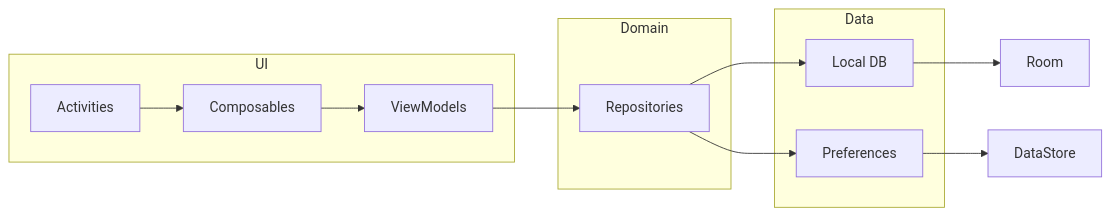
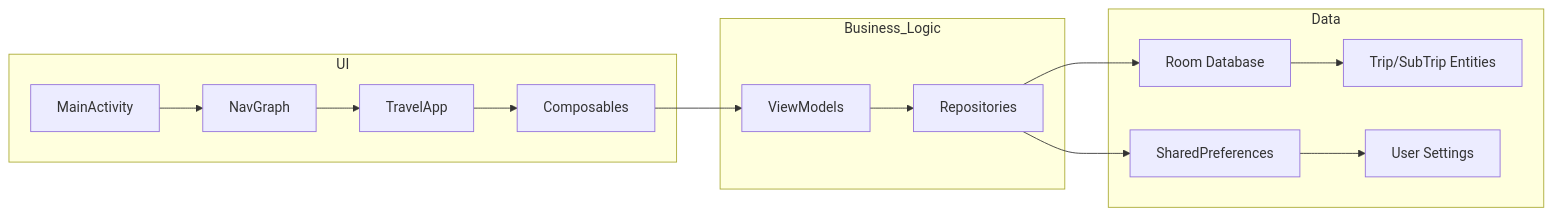
The fifth of 7 diagrams in documentation/design.md (GEI3-Udl-2025/Travel_World), drawn with Mermaid before and after one commit. The commit also changed other lines of this file, not shown here.

````diff
--- a/documentation/design.md
+++ b/documentation/design.md
@@ -105,19 +114,20 @@
 ```mermaid
 flowchart LR
     subgraph UI
-        A[Activities] --> B[Composables]
-        B --> C[ViewModels]
+        A[MainActivity] --> B[NavGraph]
+        B --> C[TravelApp]
+        C --> D[Composables]
     end
-
-    subgraph Domain
-        C --> D[Repositories]
+    
+    subgraph Business_Logic
+        D --> E[ViewModels]
+        E --> F[Repositories]
     end
-
+    
     subgraph Data
-        D --> E[Local DB]
-        D --> F[Preferences]
+        F --> G[Room Database]
+        F --> H[SharedPreferences]
+        G --> I[Trip/SubTrip Entities]
+        H --> J[User Settings]
     end
-
-    E --> G[Room]
-    F --> H[DataStore]
 ```
````
